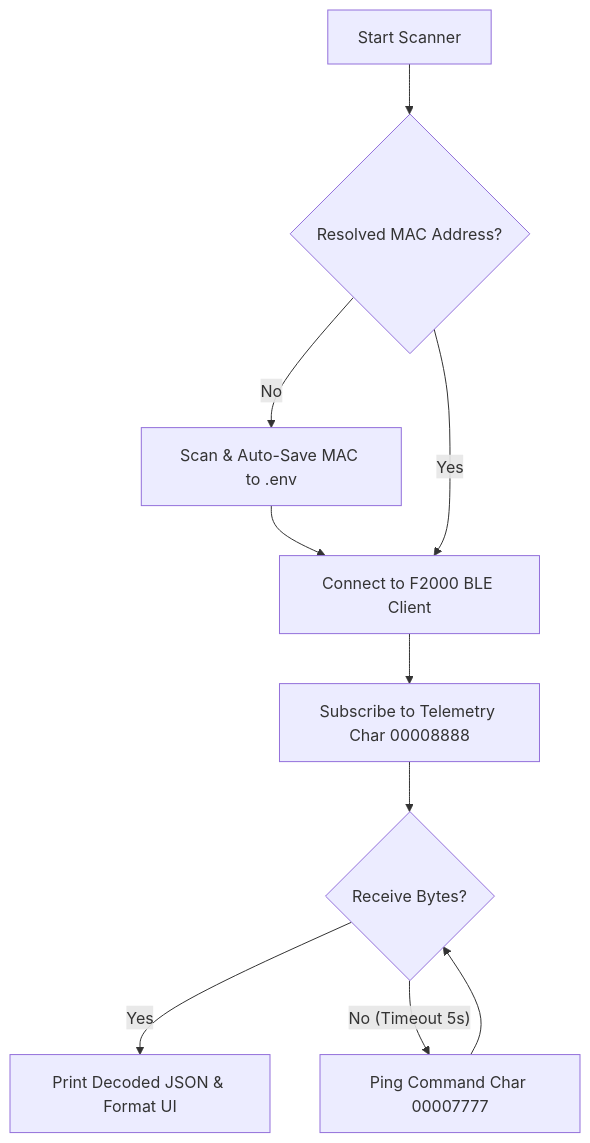
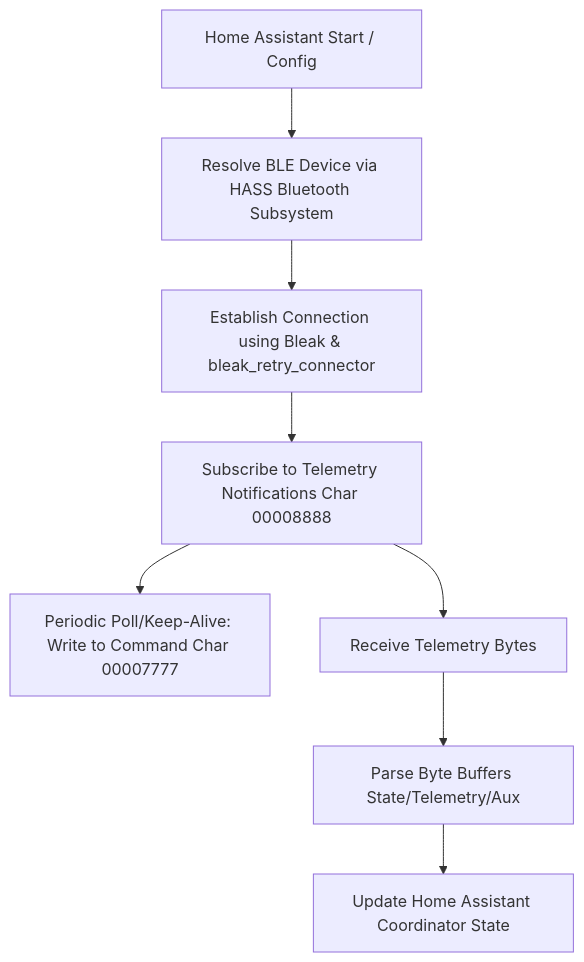
Before and after one commit to yun-s-oh/ha-anker-solix-f2000: the diagram in README.md, drawn with Mermaid. The commit also changed other lines of this file and 1 other file, not shown here.

First line of the commit message:
docs(readme): document BLE lockout limit and update architecture flow

````diff
--- a/README.md
+++ b/README.md
@@ -18,12 +28,10 @@
 ```mermaid
 graph TD
-    A[Start Scanner] --> B{Resolved MAC Address?}
-    B -- No --> C[Scan & Auto-Save MAC to .env]
-    C --> D[Connect to F2000 BLE Client]
-    B -- Yes --> D
-    D --> E[Subscribe to Telemetry Char 00008888]
-    E --> F{Receive Bytes?}
-    F -- Yes --> G[Print Decoded JSON & Format UI]
-    F -- No (Timeout 5s) --> H[Ping Command Char 00007777]
-    H --> F
+    A[Home Assistant Start / Config] --> B[Resolve BLE Device via HASS Bluetooth Subsystem]
+    B --> C[Establish Connection using Bleak & bleak_retry_connector]
+    C --> D[Subscribe to Telemetry Notifications Char 00008888]
+    D --> E[Periodic Poll/Keep-Alive: Write to Command Char 00007777]
+    D --> F[Receive Telemetry Bytes]
+    F --> G[Parse Byte Buffers State/Telemetry/Aux]
+    G --> H[Update Home Assistant Coordinator State]
 ```
````
